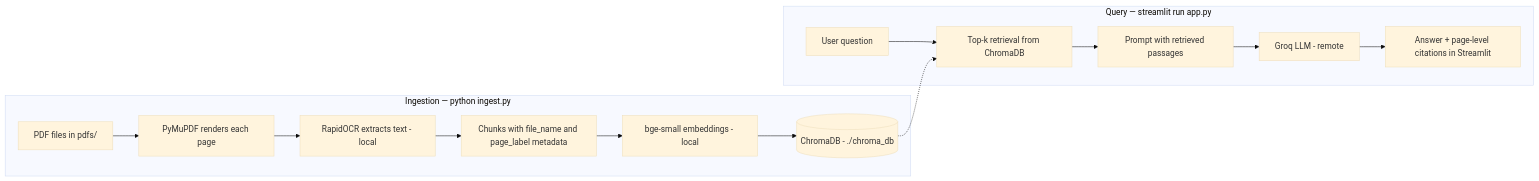
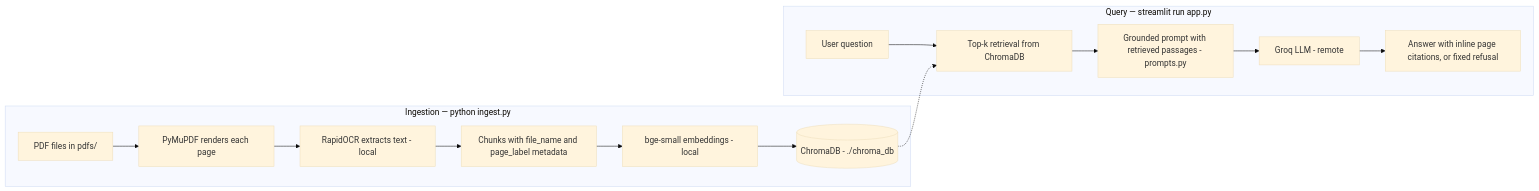
The diagram in README.md (InodUmayanga/pdf-study-rag), drawn with Mermaid (base theme) before and after one commit. The commit also changed other lines of this file and 7 other files, not shown here.

First line of the commit message:
feat: grounded answers with inline page citations and a fixed refusal

````diff
--- a/README.md
+++ b/README.md
@@ -33,17 +36,17 @@
 ```mermaid
 flowchart LR
     subgraph Ingestion["Ingestion — python ingest.py"]
         A[PDF files in pdfs/] --> B[PyMuPDF renders each page]
         B --> C[RapidOCR extracts text - local]
         C --> D[Chunks with file_name and page_label metadata]
         D --> E[bge-small embeddings - local]
         E --> F[(ChromaDB - ./chroma_db)]
     end
     subgraph Query["Query — streamlit run app.py"]
         Q[User question] --> R[Top-k retrieval from ChromaDB]
         F -.-> R
-        R --> P[Prompt with retrieved passages]
+        R --> P[Grounded prompt with retrieved passages - prompts.py]
         P --> G[Groq LLM - remote]
-        G --> S[Answer + page-level citations in Streamlit]
+        G --> S[Answer with inline page citations, or fixed refusal]
     end
 ```
````
